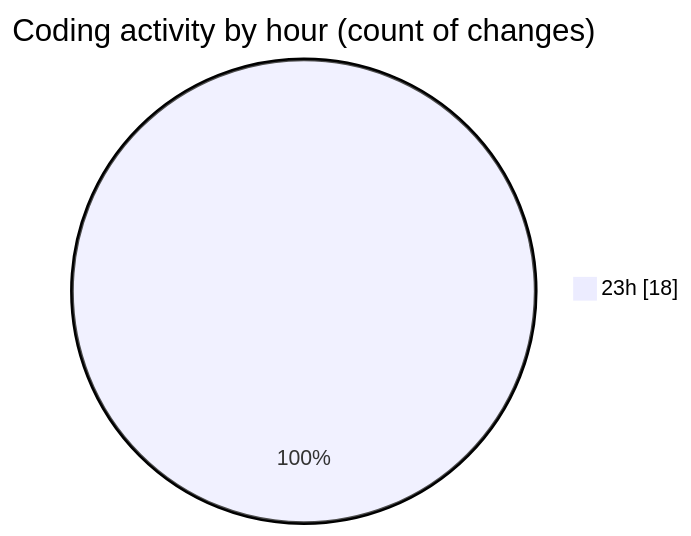
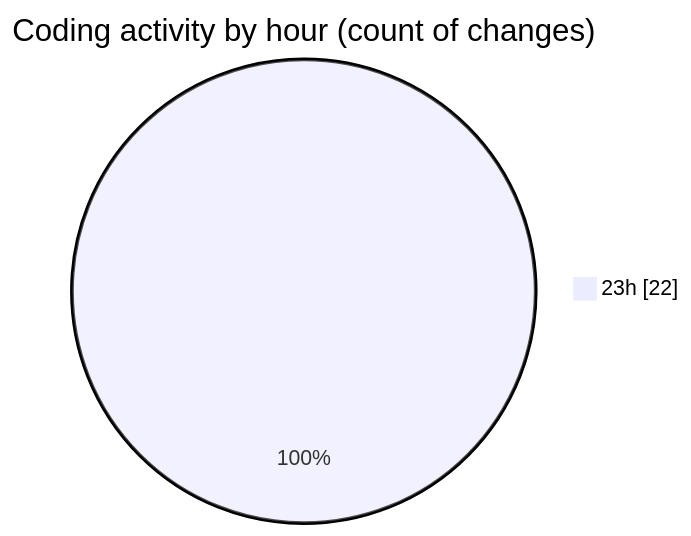
One commit to donsfak/code-tracking changed the second of 2 diagrams in 2025-02-26/drivers_app/README.md. Above: the diagram before and after it, drawn with Mermaid. The commit also changed other lines of this file and 1 other file, not shown here.

````diff
--- a/2025-02-26/drivers_app/README.md
+++ b/2025-02-26/drivers_app/README.md
@@ -33,5 +33,5 @@
 ```mermaid
 pie showData
 title Coding activity by hour (count of changes)
-"23h" : 18
+"23h" : 22
 ```
````
